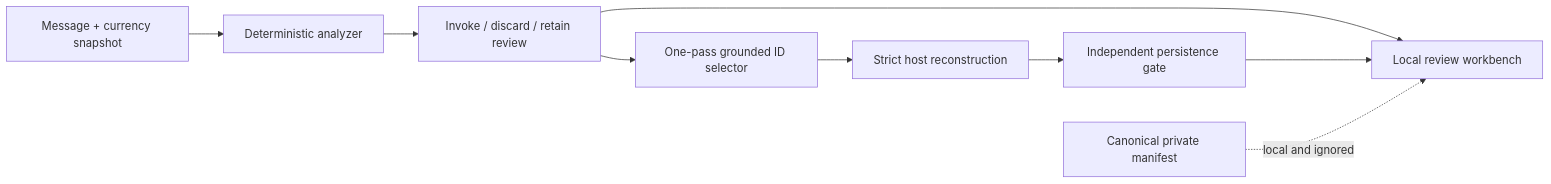
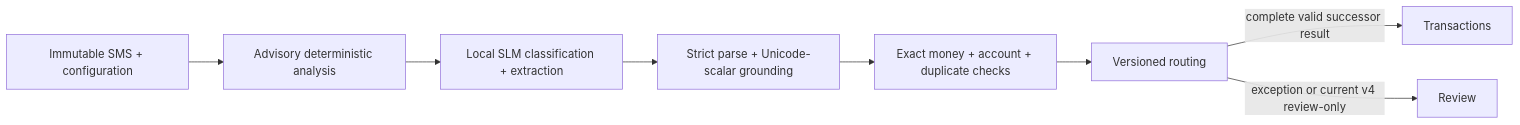
Before and after one commit to ManishAradwad/pF_slm_selection: the diagram in README.md, drawn with Mermaid. The commit also changed other lines of this file and 16 other files, not shown here.

Commit message:
docs: consolidate SMS processing roadmap

````diff
--- a/README.md
+++ b/README.md
@@ -116,11 +118,10 @@
 ```mermaid
 flowchart LR
-    A["Message + currency snapshot"] --> B["Deterministic analyzer"]
-    B --> C["Invoke / discard / retain review"]
-    C --> D["One-pass grounded ID selector"]
-    D --> E["Strict host reconstruction"]
-    E --> F["Independent persistence gate"]
-    C --> G["Local review workbench"]
-    F --> G
-    H["Canonical private manifest"] -. "local and ignored" .-> G
+    A["Immutable SMS + configuration"] --> B["Advisory deterministic analysis"]
+    B --> C["Local SLM classification + extraction"]
+    C --> D["Strict parse + Unicode-scalar grounding"]
+    D --> E["Exact money + account + duplicate checks"]
+    E --> F["Versioned routing"]
+    F -->|"complete valid successor result"| G["Transactions"]
+    F -->|"exception or current v4 review-only"| H["Review"]
 ```
````
